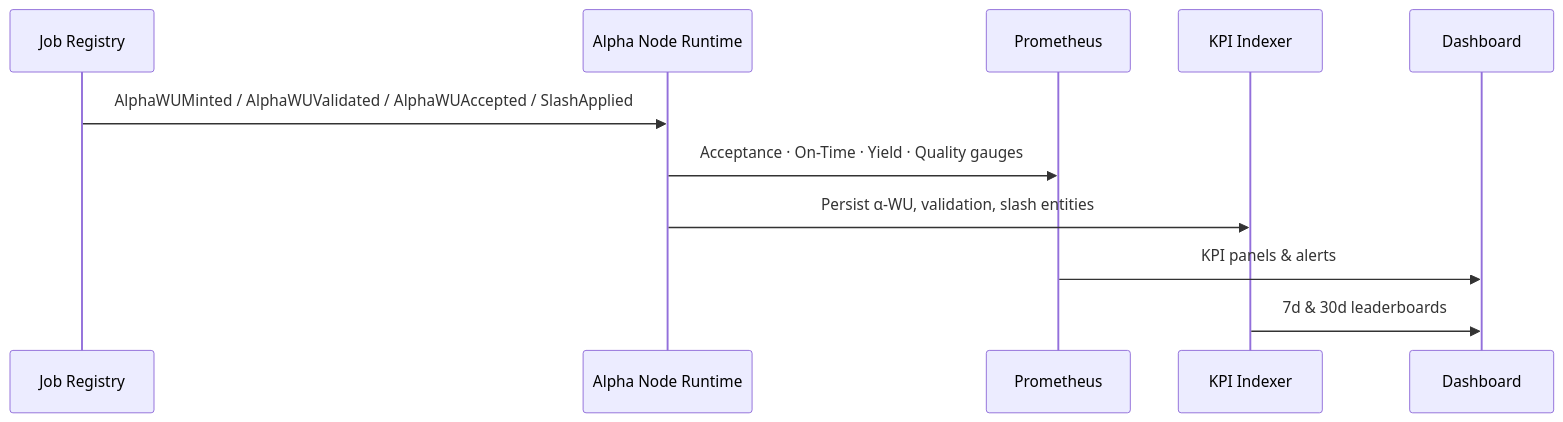
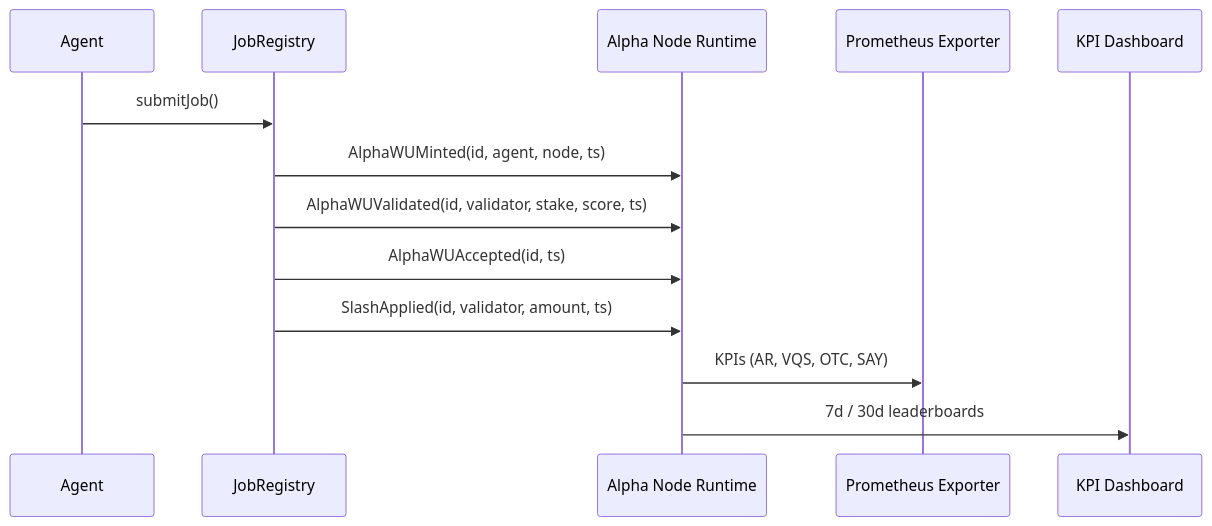
One commit to MontrealAI/AGI-Alpha-Node-v0 changed the second of 3 diagrams in README.md. Above: the diagram before and after it, drawn with Mermaid. The commit also changed other lines of this file and 2 other files, not shown here.

Commit message:
Add alpha KPI reporting command and telemetry tests

````diff
--- a/README.md
+++ b/README.md
@@ -85,12 +93,16 @@
 ```mermaid
 sequenceDiagram
-  participant Registry as Job Registry
+  participant Agent as Agent
+  participant Registry as JobRegistry
   participant Node as Alpha Node Runtime
-  participant Telemetry as Prometheus
-  participant Subgraph as KPI Indexer
-  Registry->>Node: AlphaWUMinted / AlphaWUValidated / AlphaWUAccepted / SlashApplied
-  Node->>Telemetry: Acceptance · On-Time · Yield · Quality gauges
-  Node->>Subgraph: Persist α-WU, validation, slash entities
-  Telemetry->>Dashboard: KPI panels & alerts
-  Subgraph->>Dashboard: 7d & 30d leaderboards
+  participant Telemetry as Prometheus Exporter
+  participant Dashboard as KPI Dashboard
+
+  Agent->>Registry: submitJob()
+  Registry->>Node: AlphaWUMinted(id, agent, node, ts)
+  Registry->>Node: AlphaWUValidated(id, validator, stake, score, ts)
+  Registry->>Node: AlphaWUAccepted(id, ts)
+  Registry->>Node: SlashApplied(id, validator, amount, ts)
+  Node->>Telemetry: KPIs (AR, VQS, OTC, SAY)
+  Node->>Dashboard: 7d / 30d leaderboards
 ```
````
